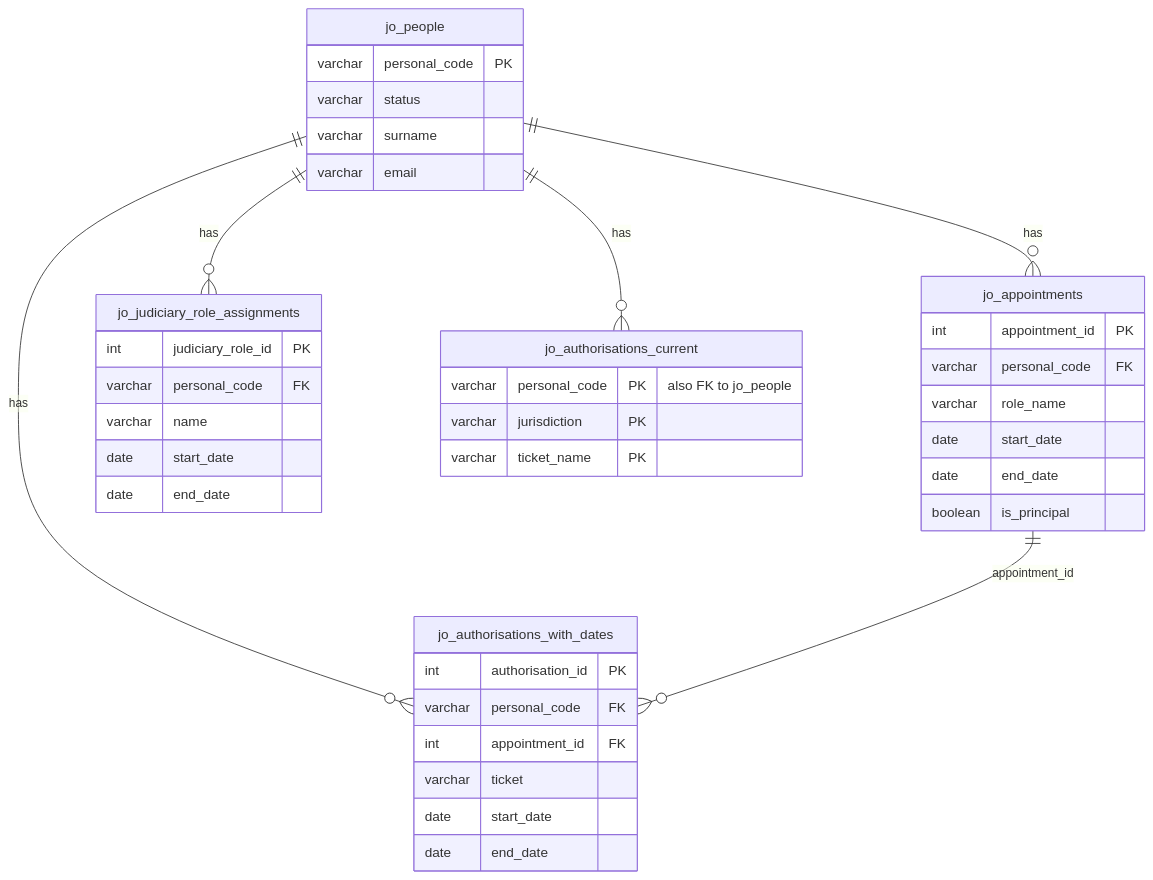
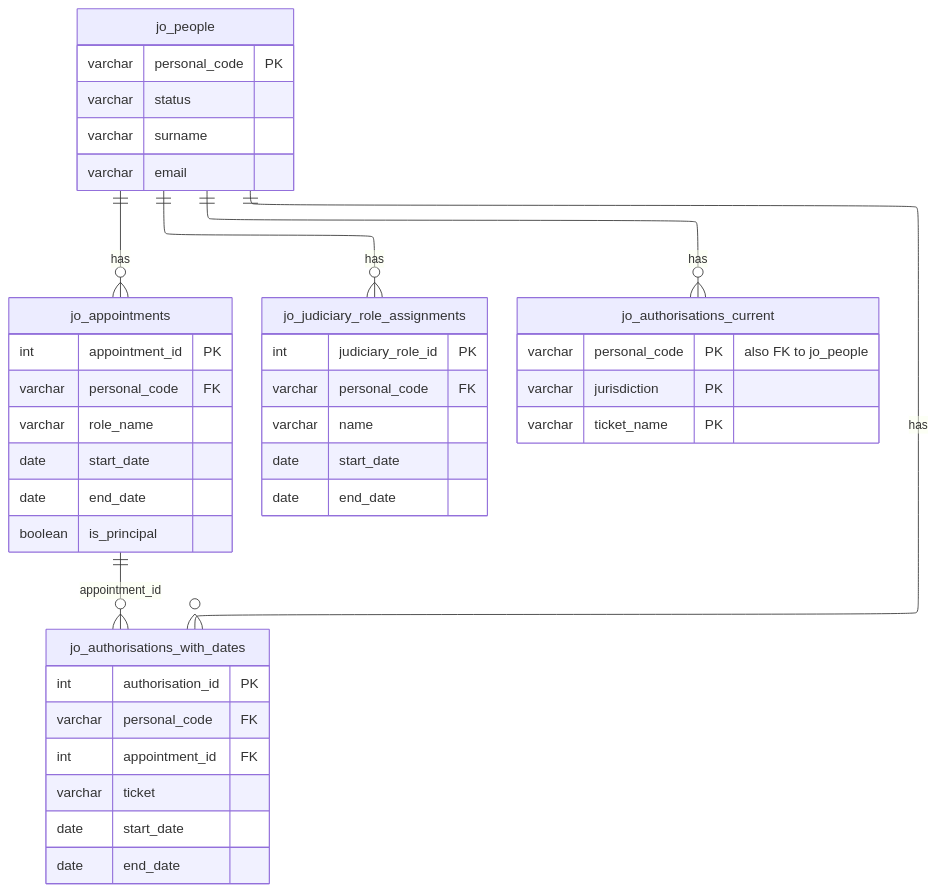
One commit to hmcts/ctam-architecture changed the diagram in docs/integrations/jo/jo-er-diagram-core.mmd. Above: the diagram before and after it, drawn with Mermaid. The commit also changed 11 other files, not shown here.

```diff
--- a/docs/integrations/jo/jo-er-diagram-core.mmd
+++ b/docs/integrations/jo/jo-er-diagram-core.mmd
@@ -1,41 +1,42 @@
+%%{init: {"layout": "elk", "flowchart": {"curve": "linear"}}}%%
 erDiagram
     jo_people {
         varchar personal_code PK
         varchar status
         varchar surname
         varchar email
     }
     jo_appointments {
         int appointment_id PK
         varchar personal_code FK
         varchar role_name
         date start_date
         date end_date
         boolean is_principal
     }
     jo_judiciary_role_assignments {
         int judiciary_role_id PK
         varchar personal_code FK
         varchar name
         date start_date
         date end_date
     }
     jo_authorisations_current {
         varchar personal_code PK "also FK to jo_people"
         varchar jurisdiction PK
         varchar ticket_name PK
     }
     jo_authorisations_with_dates {
         int authorisation_id PK
         varchar personal_code FK
         int appointment_id FK
         varchar ticket
         date start_date
         date end_date
     }
 
     jo_people ||--o{ jo_appointments                    : has
     jo_people ||--o{ jo_judiciary_role_assignments      : has
     jo_people ||--o{ jo_authorisations_current          : has
     jo_people ||--o{ jo_authorisations_with_dates       : has
     jo_appointments ||--o{ jo_authorisations_with_dates : appointment_id
```
